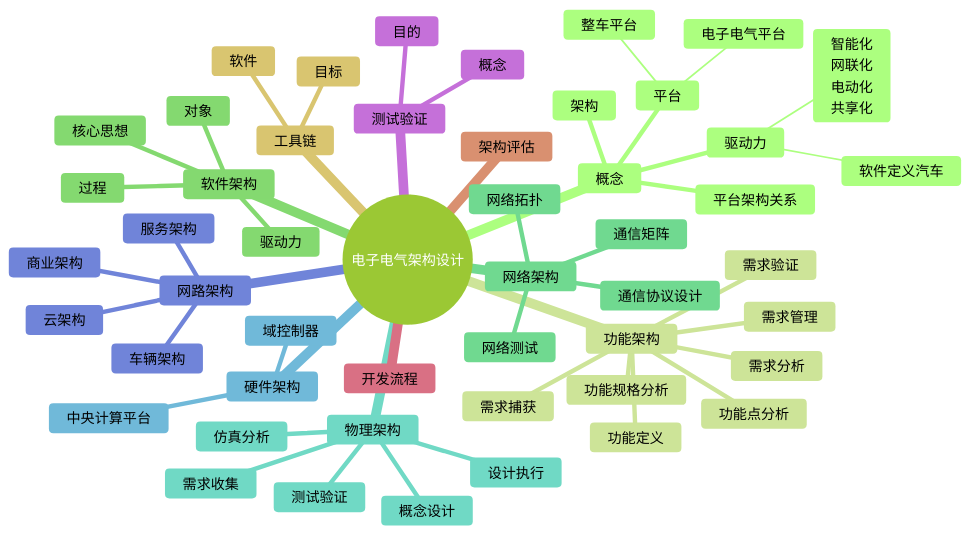
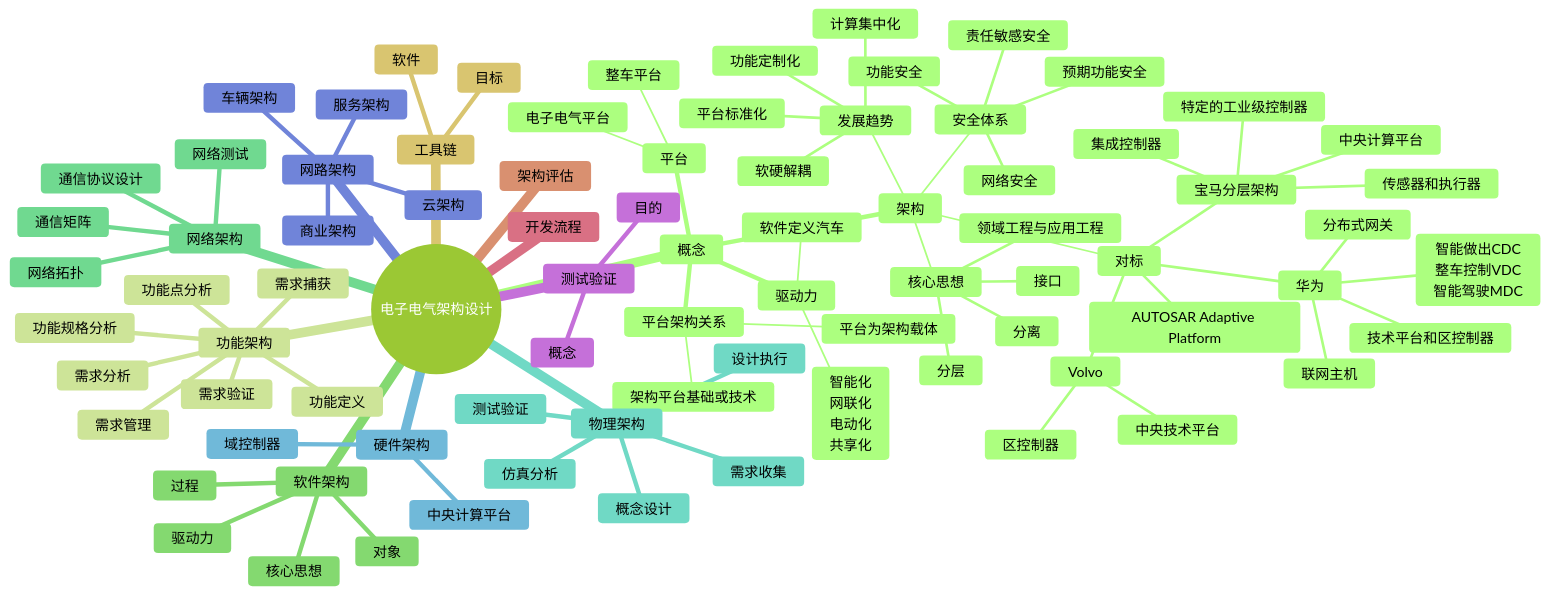
One commit to ilikui/NotesBook changed the diagram in src/工作管理/001汽车电子.md. Above: the diagram before and after it, drawn with Mermaid (forest theme).

Commit message:
update by likui

```diff
--- a/src/工作管理/001汽车电子.md
+++ b/src/工作管理/001汽车电子.md
@@ -15,7 +15,39 @@
               整车平台
               电子电气平台
            架构
+              核心思想
+                分层
+                分离
+                接口
+                领域工程与应用工程
+              发展趋势
+                计算集中化
+                软硬解耦
+                平台标准化
+                功能定制化
+              安全体系
+                功能安全
+                网络安全
+                预期功能安全
+                责任敏感安全
+              对标
+                AUTOSAR Adaptive Platform
+                宝马分层架构
+                  中央计算平台
+                  集成控制器
+                  特定的工业级控制器
+                  传感器和执行器
+                华为
+                  技术平台和区控制器
+                  分布式网关
+                  联网主机
+                  智能做出CDC<br>整车控制VDC<br>智能驾驶MDC
+                Volvo
+                  中央技术平台
+                  区控制器
            平台架构关系
+              架构平台基础或技术
+              平台为架构载体
           功能架构
             需求捕获
             需求分析
```
